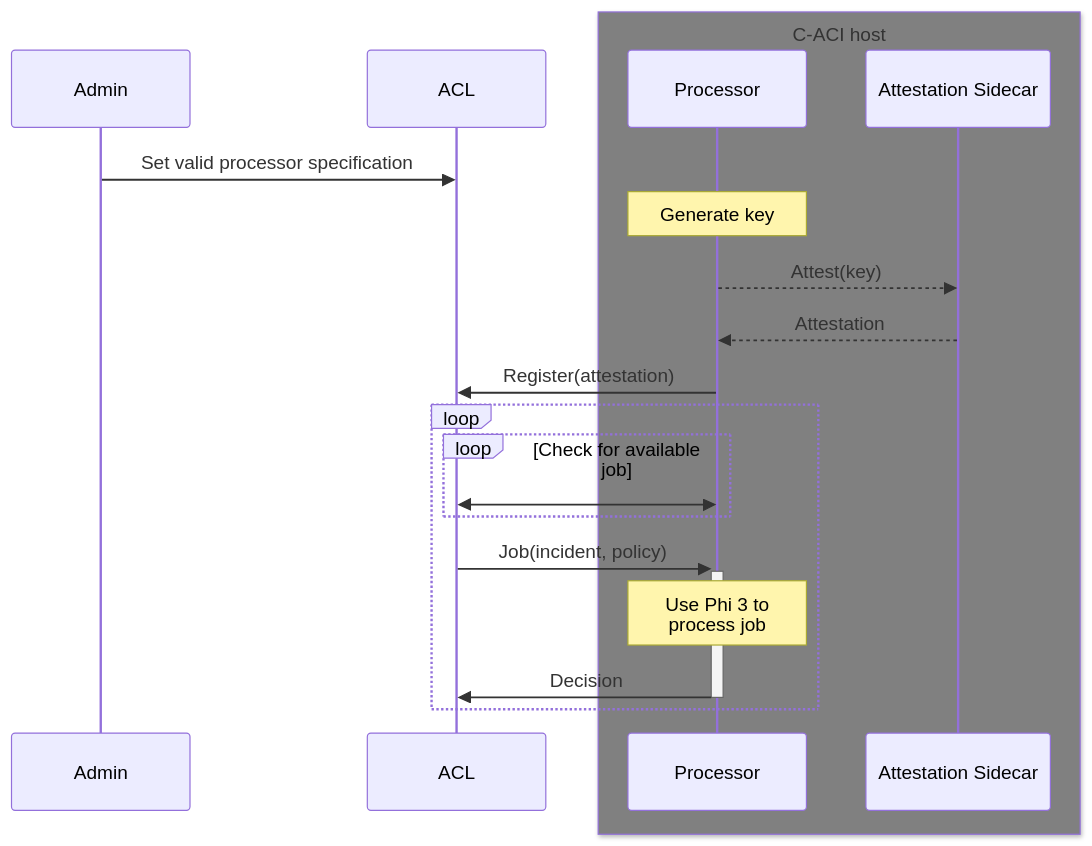
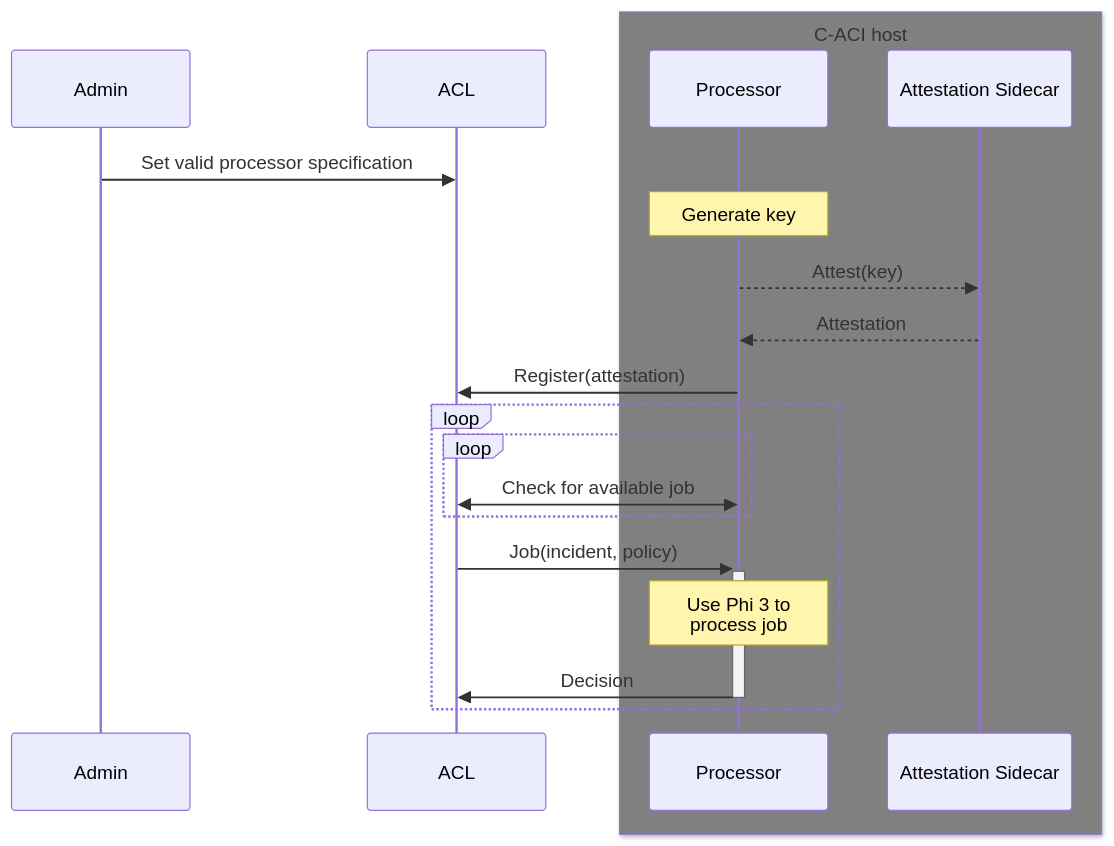
The diagram in insurance-app/c-aci/README.md (microsoft/azureconfidentialledger-app-samples), drawn with Mermaid before and after one commit.

````diff
--- a/insurance-app/c-aci/README.md
+++ b/insurance-app/c-aci/README.md
@@ -3,26 +3,26 @@
 ```mermaid
 sequenceDiagram
   participant Admin
   participant A as ACL
 
   box Gray C-ACI host
     participant P as Processor
     participant S as Attestation Sidecar
   end
 
   Admin ->> A: Set valid processor specification
 
   note over P: Generate key
   P -->> S: Attest(key)
   S -->> P: Attestation
   P ->> A: Register(attestation)
 
   loop
-  loop Check for available job
-  P <<->> A:
-  end
-  A ->>+ P: Job(incident, policy)
-  note over P: Use Phi 3 to<br>process job
-  P ->>-A: Decision
+    loop 
+      P <<->> A: Check for available job
+    end
+    A ->>+ P: Job(incident, policy)
+    note over P: Use Phi 3 to<br>process job
+    P ->>-A: Decision
   end
 ```
````
